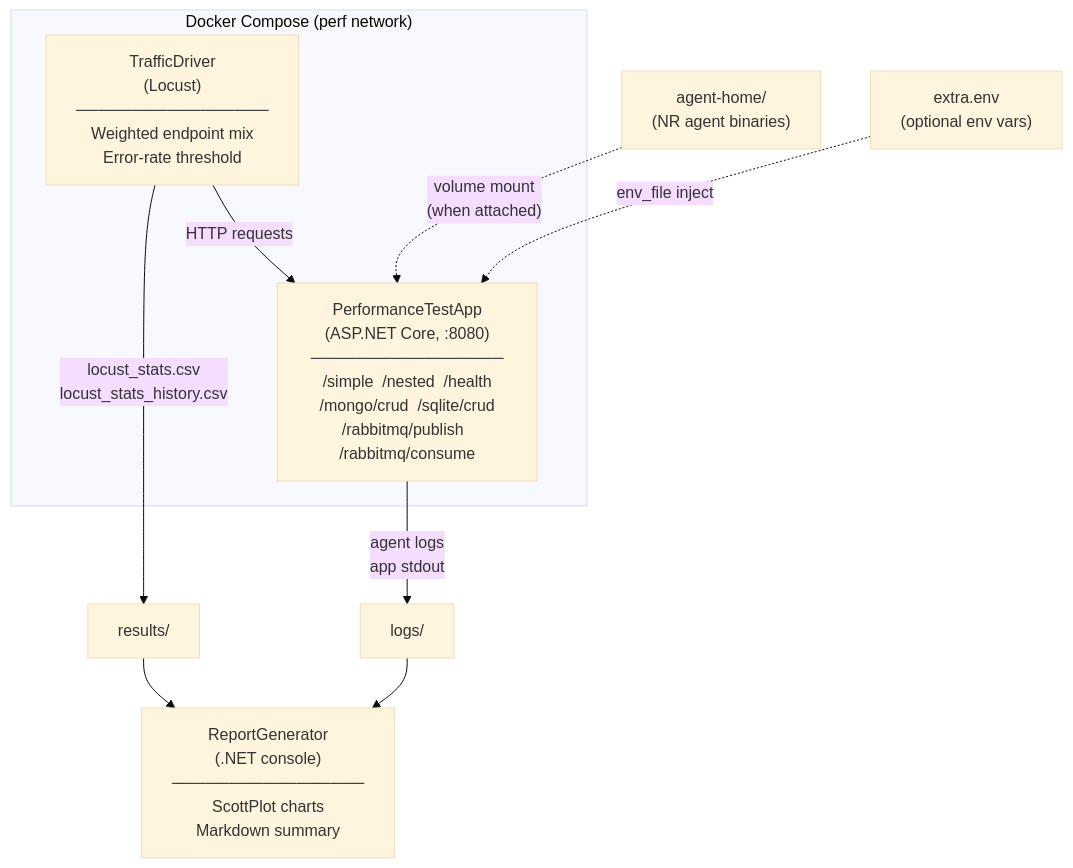
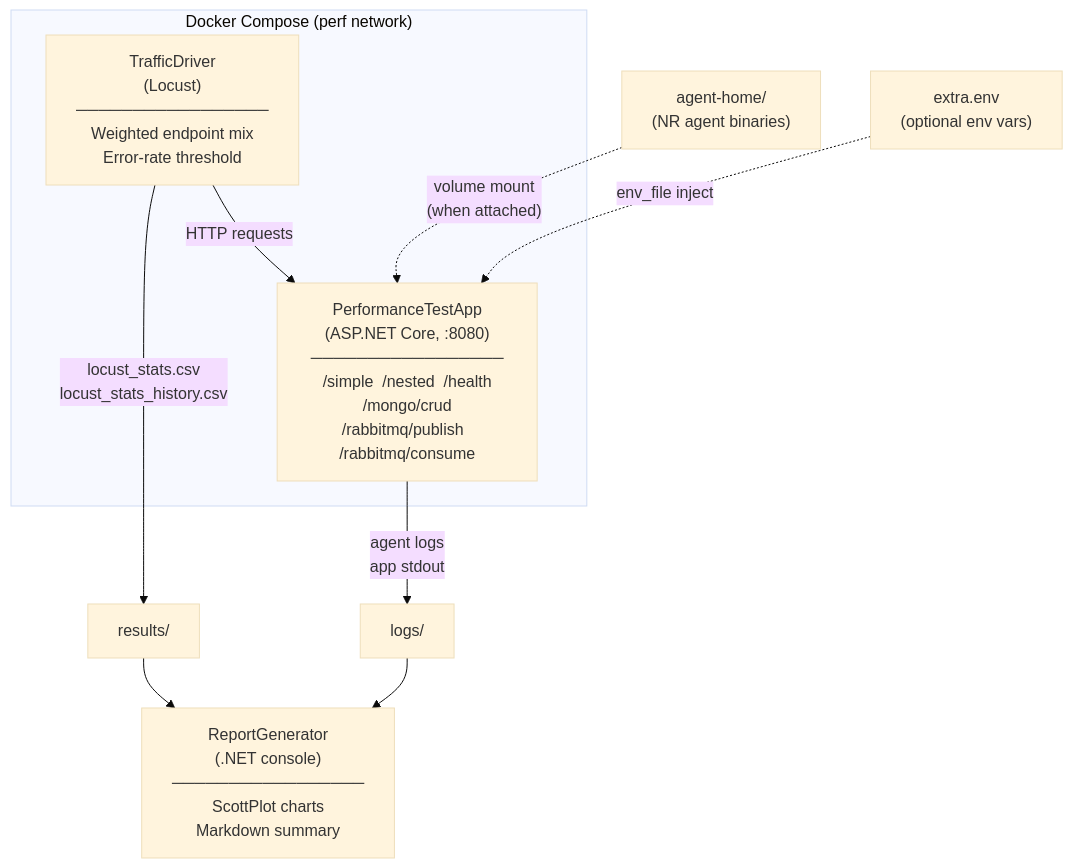
Before and after one commit to newrelic/newrelic-dotnet-agent: the diagram in tests/Agent/PerformanceTests/README.md, drawn with Mermaid (base theme). The commit also changed other lines of this file and 4 other files, not shown here.

````diff
--- a/tests/Agent/PerformanceTests/README.md
+++ b/tests/Agent/PerformanceTests/README.md
@@ -9,20 +9,20 @@
 ```mermaid
 flowchart TD
     subgraph Docker["Docker Compose (perf network)"]
-        TA["PerformanceTestApp\n(ASP.NET Core, :8080)\n─────────────────\n/simple  /nested  /health\n/mongo/crud  /sqlite/crud\n/rabbitmq/publish  /rabbitmq/consume"]
+        TA["PerformanceTestApp\n(ASP.NET Core, :8080)\n─────────────────\n/simple  /nested  /health\n/mongo/crud\n/rabbitmq/publish  /rabbitmq/consume"]
         TD["TrafficDriver\n(Locust)\n─────────────────\nWeighted endpoint mix\nError-rate threshold"]
         TD -- "HTTP requests" --> TA
     end
 
     AH["agent-home/\n(NR agent binaries)"]
     EE["extra.env\n(optional env vars)"]
 
     AH -. "volume mount\n(when attached)" .-> TA
     EE -. "env_file inject" .-> TA
 
     TD -- "locust_stats.csv\nlocust_stats_history.csv" --> RD["results/"]
     TA -- "agent logs\napp stdout" --> LD["logs/"]
 
     RD --> RG["ReportGenerator\n(.NET console)\n─────────────────\nScottPlot charts\nMarkdown summary"]
     LD --> RG
 ```
````
